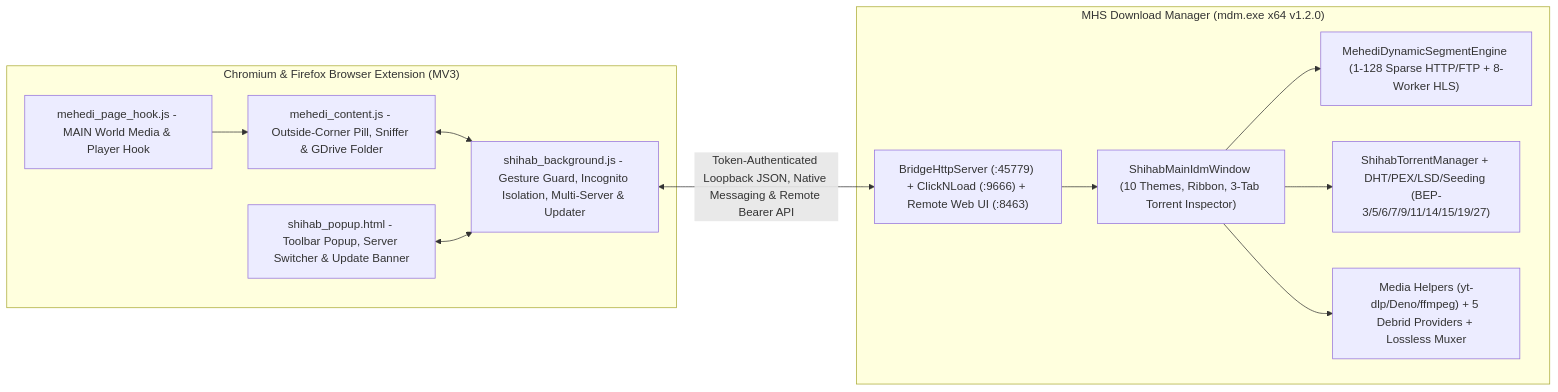
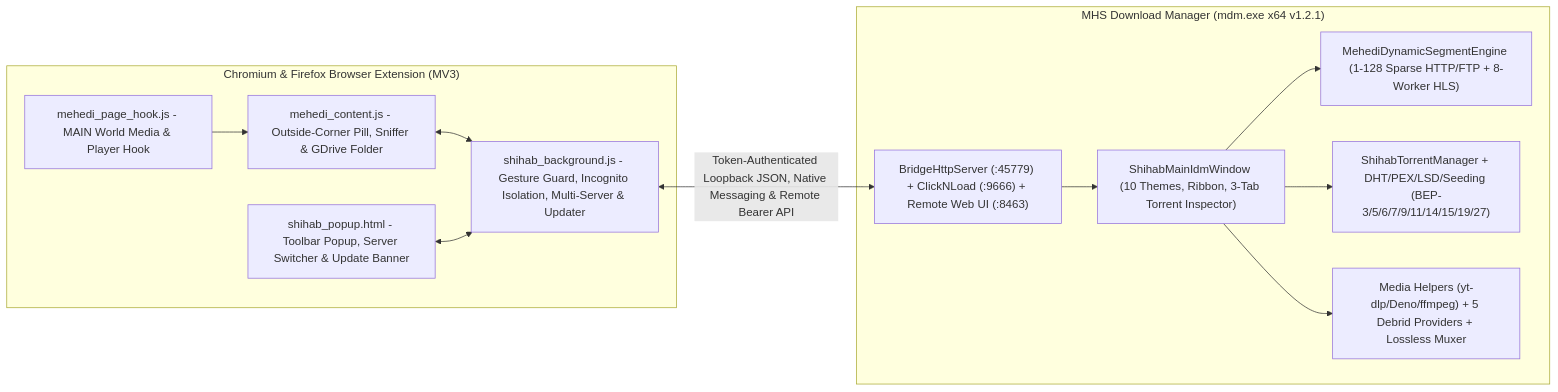
One commit to sshihabb007/MHS-DOWNLOAD-MANAGER changed the diagram in README.md. Above: the diagram before and after it, drawn with Mermaid. The commit also changed other lines of this file and 15 other files, not shown here.

````diff
--- a/README.md
+++ b/README.md
@@ -171,27 +171,27 @@
 ```mermaid
 flowchart LR
     subgraph Browser["Chromium & Firefox Browser Extension (MV3)"]
         PH["mehedi_page_hook.js - MAIN World Media & Player Hook"]
         CS["mehedi_content.js - Outside-Corner Pill, Sniffer & GDrive Folder"]
         SW["shihab_background.js - Gesture Guard, Incognito Isolation, Multi-Server & Updater"]
         PU["shihab_popup.html - Toolbar Popup, Server Switcher & Update Banner"]
         PH --> CS
         CS <--> SW
         PU <--> SW
     end
 
-    subgraph Desktop["MHS Download Manager (mdm.exe x64 v1.2.0)"]
+    subgraph Desktop["MHS Download Manager (mdm.exe x64 v1.2.1)"]
         BR["BridgeHttpServer (:45779) + ClickNLoad (:9666) + Remote Web UI (:8463)"]
         UI["ShihabMainIdmWindow (10 Themes, Ribbon, 3-Tab Torrent Inspector)"]
         DE["MehediDynamicSegmentEngine (1-128 Sparse HTTP/FTP + 8-Worker HLS)"]
         BT["ShihabTorrentManager + DHT/PEX/LSD/Seeding (BEP-3/5/6/7/9/11/14/15/19/27)"]
         MD["Media Helpers (yt-dlp/Deno/ffmpeg) + 5 Debrid Providers + Lossless Muxer"]
 
         BR --> UI
         UI --> DE
         UI --> BT
         UI --> MD
     end
 
     SW <-->|"Token-Authenticated Loopback JSON, Native Messaging & Remote Bearer API"| BR
 ```
````
